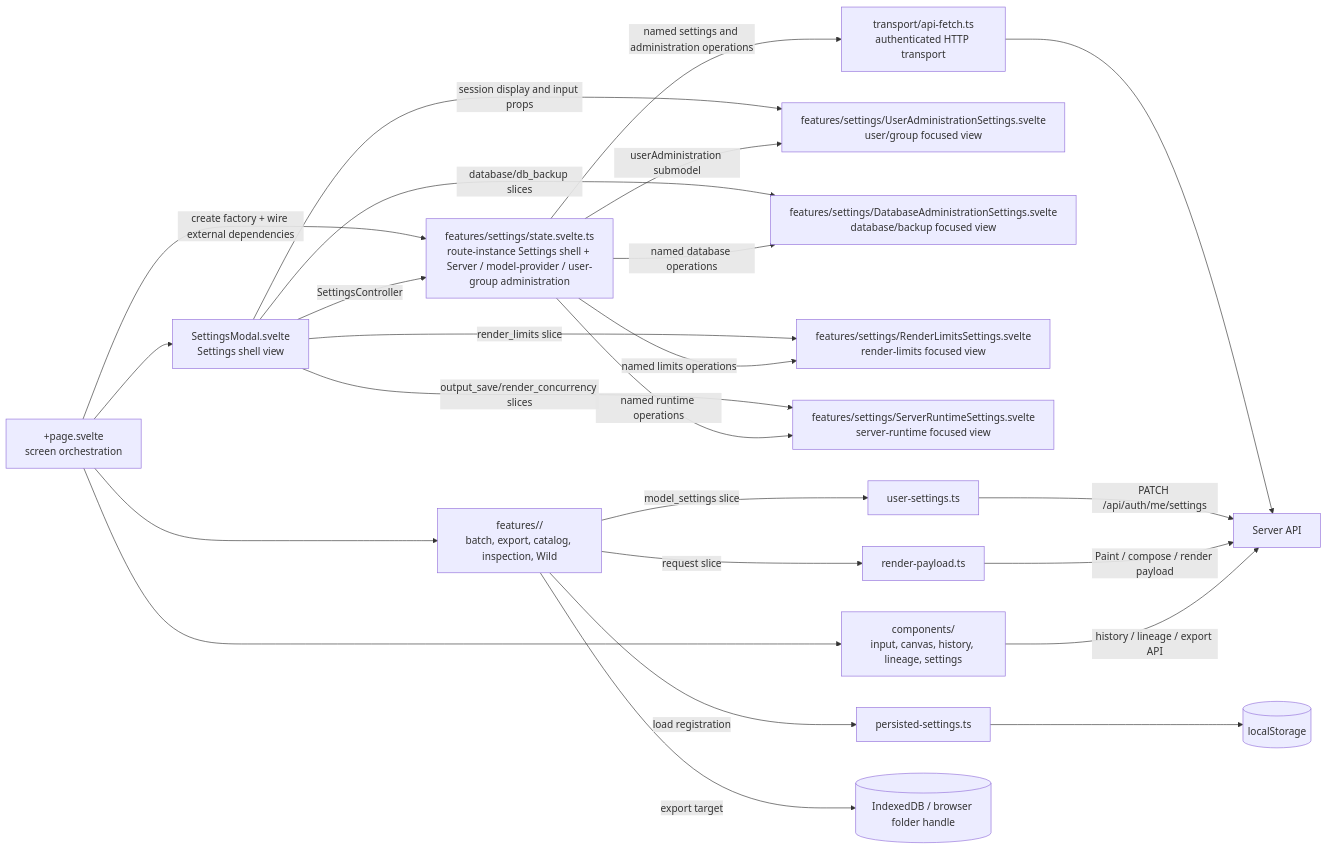
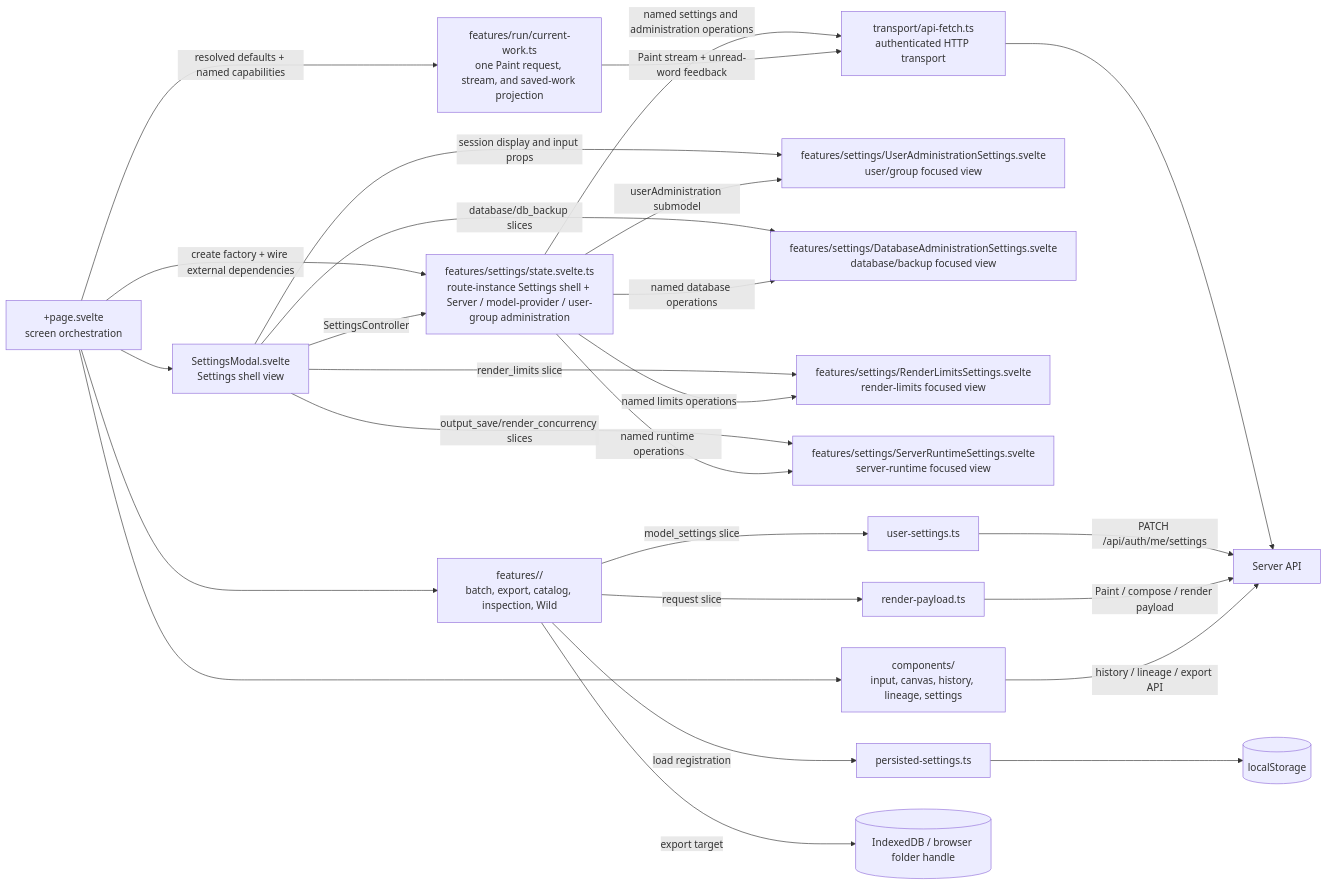
The second of 2 diagrams in docs/architecture/client-boundaries.md (oikawas/inku-lang), drawn with Mermaid before and after one commit. The commit also changed other lines of this file and 6 other files, not shown here.

Commit message:
refactor(web): extract current work coordinator

````diff
--- a/docs/architecture/client-boundaries.md
+++ b/docs/architecture/client-boundaries.md
@@ -31,43 +31,46 @@
 ```mermaid
 flowchart LR
     PAGE["+page.svelte\nscreen orchestration"]
     COMPONENTS["components/\ninput, canvas, history, lineage, settings"]
     FEATURES["features/<name>/\nbatch, export, catalog, inspection, Wild"]
+    RUN["features/run/current-work.ts\none Paint request, stream, and saved-work projection"]
     SETTINGS["features/settings/state.svelte.ts\nroute-instance Settings shell + Server / model-provider / user-group administration"]
     SETTINGS_MODAL["SettingsModal.svelte\nSettings shell view"]
     USER_ADMIN_VIEW["features/settings/UserAdministrationSettings.svelte\nuser/group focused view"]
     DATABASE_VIEW["features/settings/DatabaseAdministrationSettings.svelte\ndatabase/backup focused view"]
     LIMITS_VIEW["features/settings/RenderLimitsSettings.svelte\nrender-limits focused view"]
     RUNTIME_VIEW["features/settings/ServerRuntimeSettings.svelte\nserver-runtime focused view"]
     TRANSPORT["transport/api-fetch.ts\nauthenticated HTTP transport"]
     PERSIST["persisted-settings.ts"]
     USERSET["user-settings.ts"]
     PAYLOAD["render-payload.ts"]
     LOCAL[("localStorage")]
     INDEXED[("IndexedDB / browser folder handle")]
     API["Server API"]
 
     PAGE --> COMPONENTS
     PAGE --> FEATURES
+    PAGE -->|"resolved defaults + named capabilities"| RUN
     PAGE -->|"create factory + wire external dependencies"| SETTINGS
     PAGE --> SETTINGS_MODAL
     SETTINGS_MODAL -->|"SettingsController"| SETTINGS
     SETTINGS_MODAL -->|"session display and input props"| USER_ADMIN_VIEW
     SETTINGS -->|"userAdministration submodel"| USER_ADMIN_VIEW
     SETTINGS_MODAL -->|"database/db_backup slices"| DATABASE_VIEW
     SETTINGS -->|"named database operations"| DATABASE_VIEW
     SETTINGS_MODAL -->|"render_limits slice"| LIMITS_VIEW
     SETTINGS -->|"named limits operations"| LIMITS_VIEW
     SETTINGS_MODAL -->|"output_save/render_concurrency slices"| RUNTIME_VIEW
     SETTINGS -->|"named runtime operations"| RUNTIME_VIEW
     SETTINGS -->|"named settings and administration operations"| TRANSPORT
+    RUN -->|"Paint stream + unread-word feedback"| TRANSPORT
     TRANSPORT --> API
     FEATURES -->|"load registration"| PERSIST
     FEATURES -->|"model_settings slice"| USERSET
     FEATURES -->|"request slice"| PAYLOAD
     PERSIST --> LOCAL
     USERSET -->|"PATCH /api/auth/me/settings"| API
     PAYLOAD -->|"Paint / compose / render payload"| API
     FEATURES -->|"export target"| INDEXED
     COMPONENTS -->|"history / lineage / export API"| API
 ```
````
